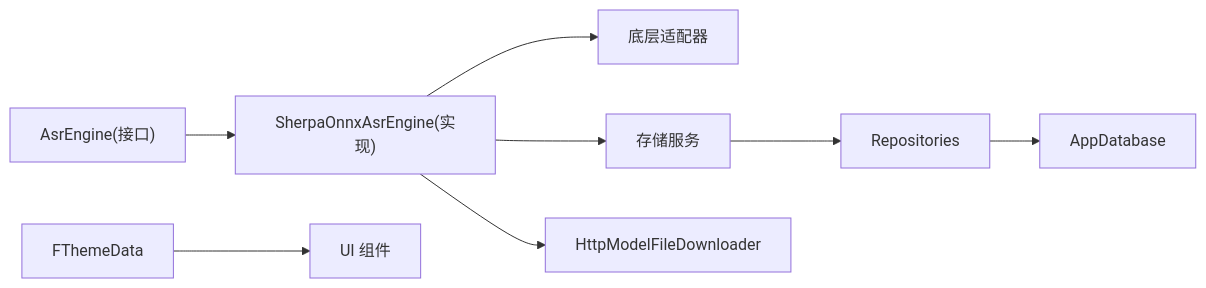
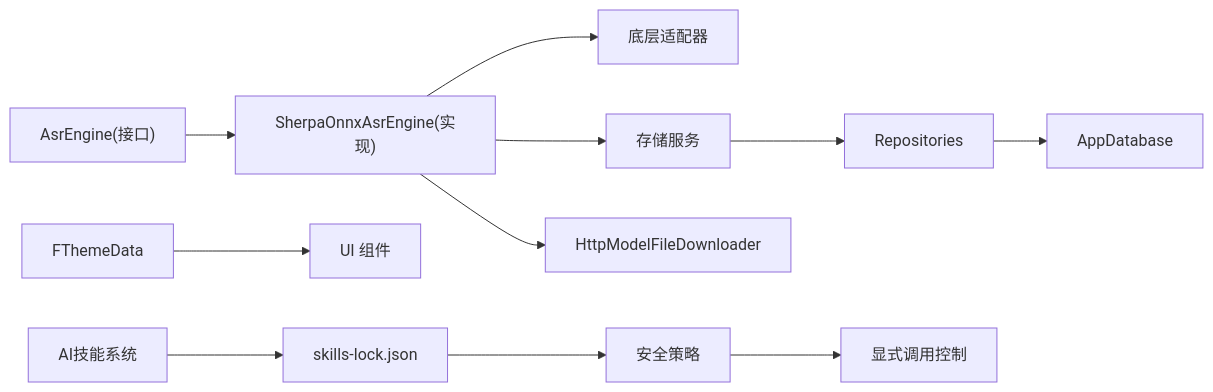
One commit to zhangheng2022/meet_trace changed diagram 11 of 11 in .qoder/repowiki/zh/content/开发者指南/扩展开发指南.md. Above: the diagram before and after it, drawn with Mermaid. The commit also changed other lines of this file and 111 other files, not shown here.

````diff
--- a/.qoder/repowiki/zh/content/开发者指南/扩展开发指南.md
+++ b/.qoder/repowiki/zh/content/开发者指南/扩展开发指南.md
@@ -404,10 +580,13 @@
 ```mermaid
 graph LR
 AsrEngine["AsrEngine(接口)"] --> Impl["SherpaOnnxAsrEngine(实现)"]
 Impl --> Adapter["底层适配器"]
 Impl --> Store["存储服务"]
 Store --> Repo["Repositories"]
 Repo --> DB["AppDatabase"]
 Impl --> Downloader["HttpModelFileDownloader"]
 Theme["FThemeData"] --> UI["UI 组件"]
+Skills["AI技能系统"] --> Config["skills-lock.json"]
+Config --> Policy["安全策略"]
+Policy --> Security["显式调用控制"]
 ```
````
